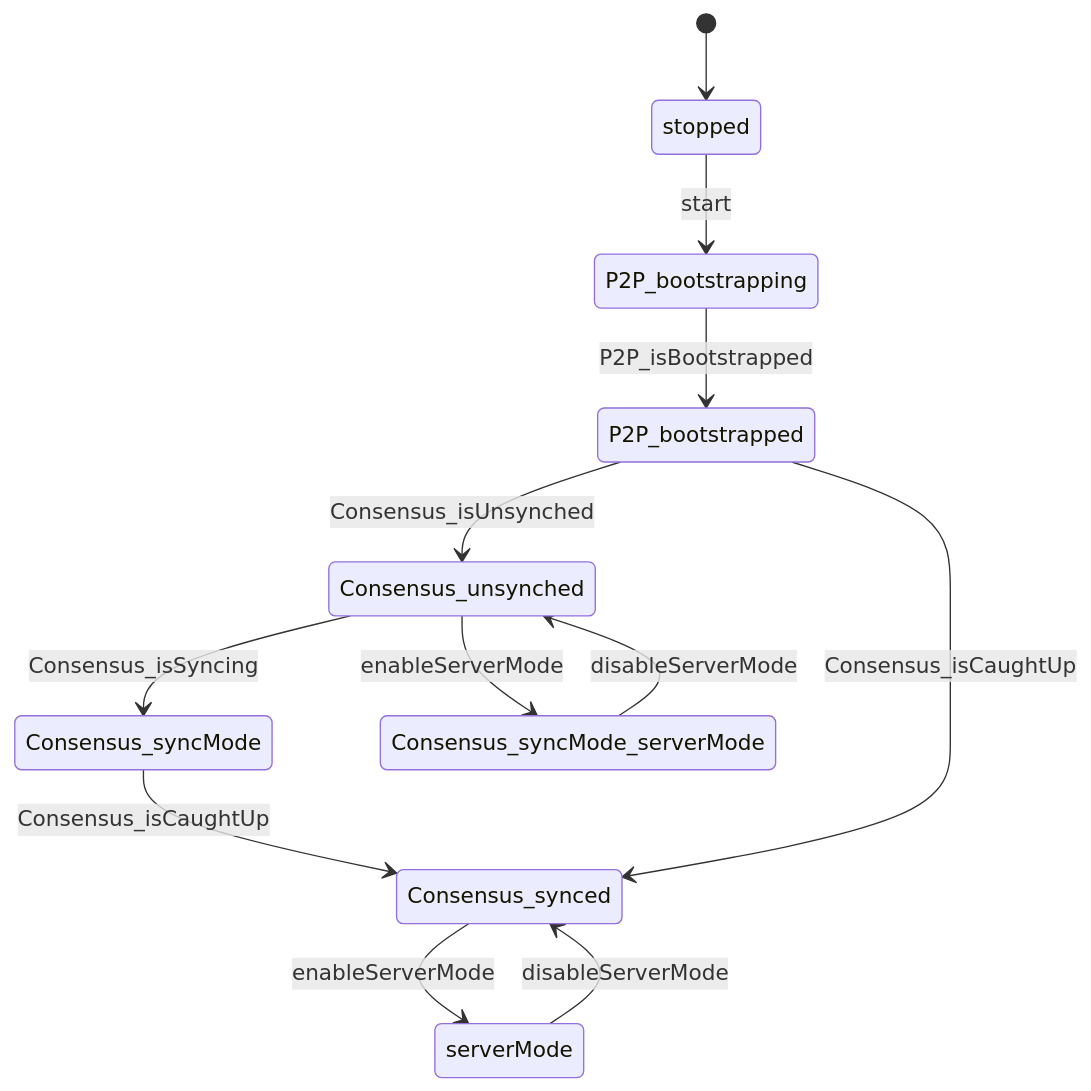
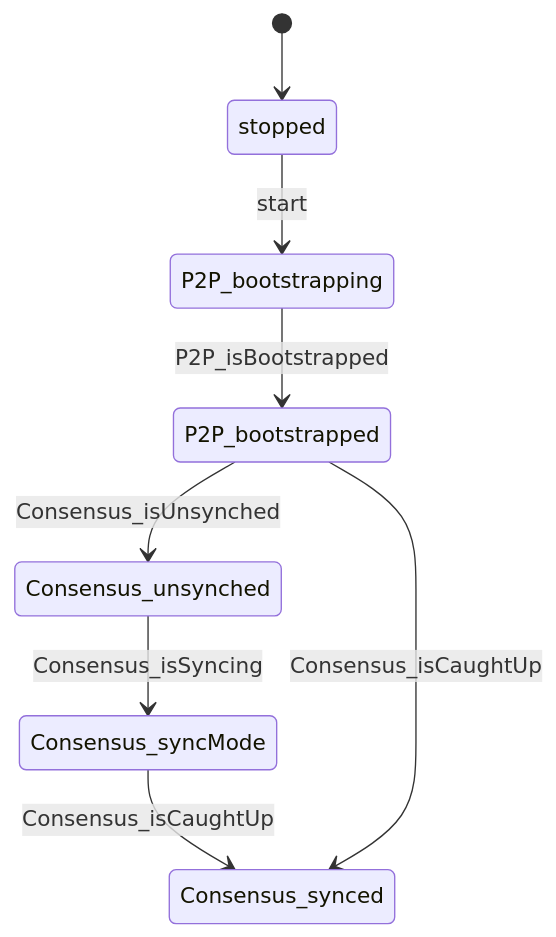
The diagram in state_machine/docs/state-machine.diagram.md (pokt-network/pocket), drawn with Mermaid before and after one commit. The commit also changed 1 other file, not shown here.

Commit message:
fix(state-machine): updated to consider serverMode as independent proc

````diff
--- a/state_machine/docs/state-machine.diagram.md
+++ b/state_machine/docs/state-machine.diagram.md
@@ -5,14 +5,10 @@
 ```mermaid
 stateDiagram-v2
     [*] --> stopped
     Consensus_syncMode --> Consensus_synced: Consensus_isCaughtUp
-    Consensus_syncMode_serverMode --> Consensus_unsynched: disableServerMode
-    Consensus_synced --> serverMode: enableServerMode
     Consensus_unsynched --> Consensus_syncMode: Consensus_isSyncing
-    Consensus_unsynched --> Consensus_syncMode_serverMode: enableServerMode
     P2P_bootstrapped --> Consensus_synced: Consensus_isCaughtUp
     P2P_bootstrapped --> Consensus_unsynched: Consensus_isUnsynched
     P2P_bootstrapping --> P2P_bootstrapped: P2P_isBootstrapped
-    serverMode --> Consensus_synced: disableServerMode
     stopped --> P2P_bootstrapping: start
 ```
````
